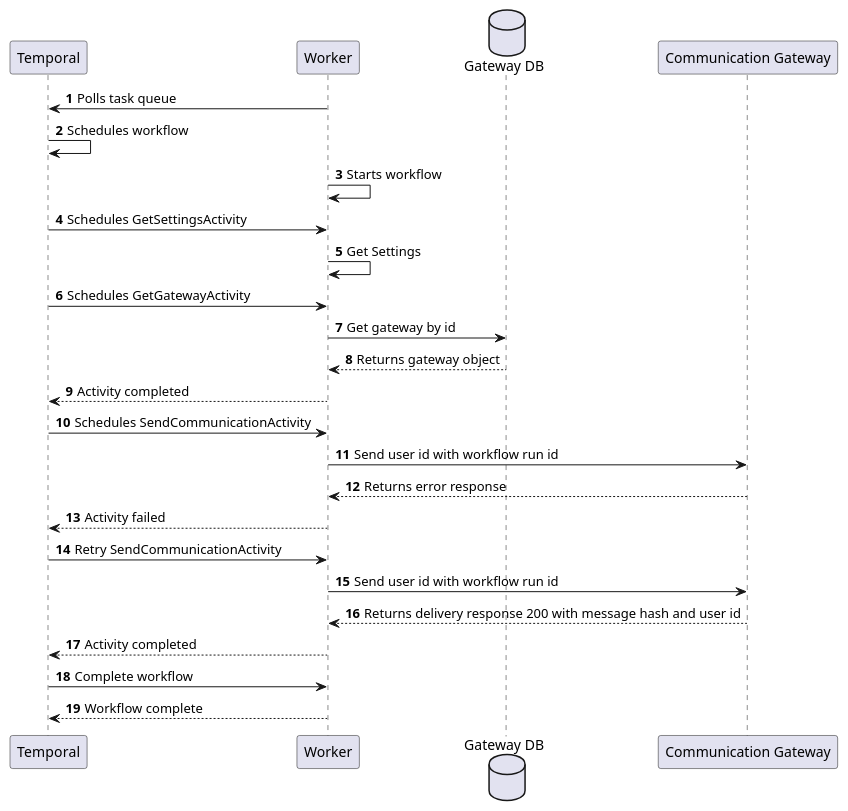
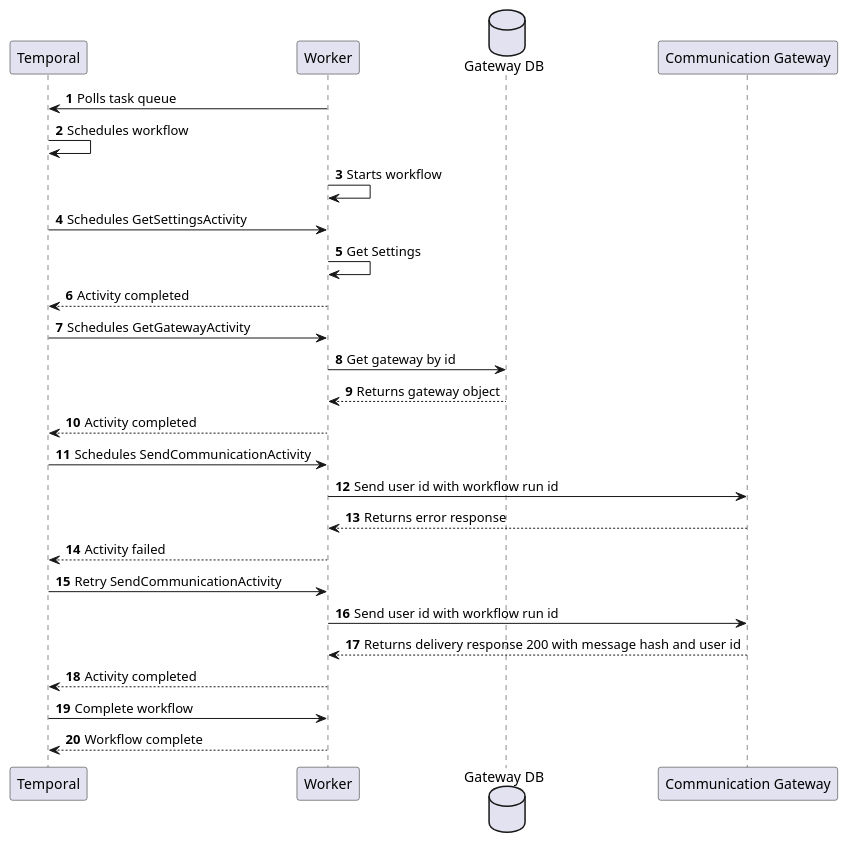
Before and after one commit to CameronWard301/communication_scheduler: the diagram in Designs/Sequence Diagrams/SendCommunicationHandleError.puml, drawn with PlantUML. The commit also changed 3 other files, not shown here.

Commit message:
Update/diagrams

```diff
--- a/Designs/Sequence Diagrams/SendCommunicationHandleError.puml
+++ b/Designs/Sequence Diagrams/SendCommunicationHandleError.puml
@@ -1,30 +1,31 @@
 @startuml Create New Workflow
 
 participant "Temporal" as temporal
 participant "Worker" as worker
 database "Gateway DB" as gwdb
 
 participant "Communication Gateway" as cgw
 
 autonumber
 
 worker -> temporal: Polls task queue
 temporal -> temporal: Schedules workflow
 worker -> worker: Starts workflow
 temporal -> worker: Schedules GetSettingsActivity
 worker -> worker: Get Settings
+worker --> temporal: Activity completed
 temporal -> worker: Schedules GetGatewayActivity
 worker -> gwdb: Get gateway by id
 gwdb --> worker: Returns gateway object
 worker --> temporal: Activity completed
 temporal -> worker: Schedules SendCommunicationActivity
 worker -> cgw: Send user id with workflow run id
 cgw --> worker: Returns error response
 worker --> temporal: Activity failed
 temporal -> worker: Retry SendCommunicationActivity
 worker -> cgw: Send user id with workflow run id
 cgw --> worker: Returns delivery response 200 with message hash and user id
 worker --> temporal: Activity completed
 temporal -> worker: Complete workflow
 worker --> temporal: Workflow complete
 @enduml
```
